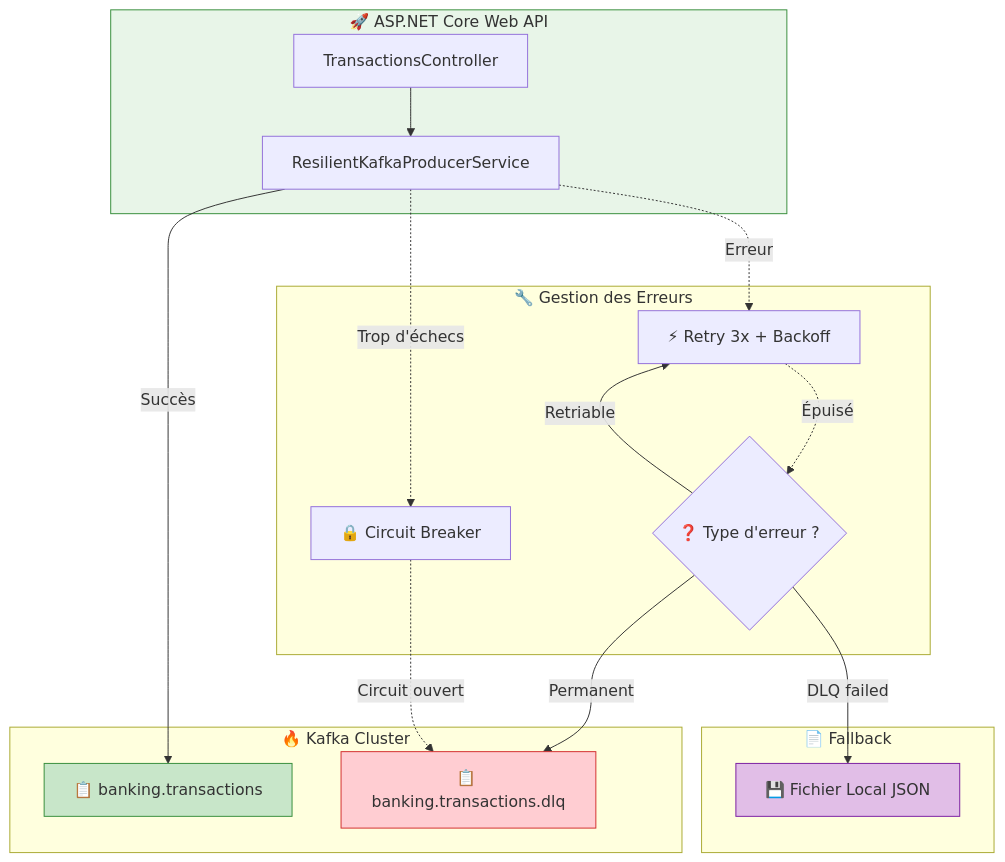
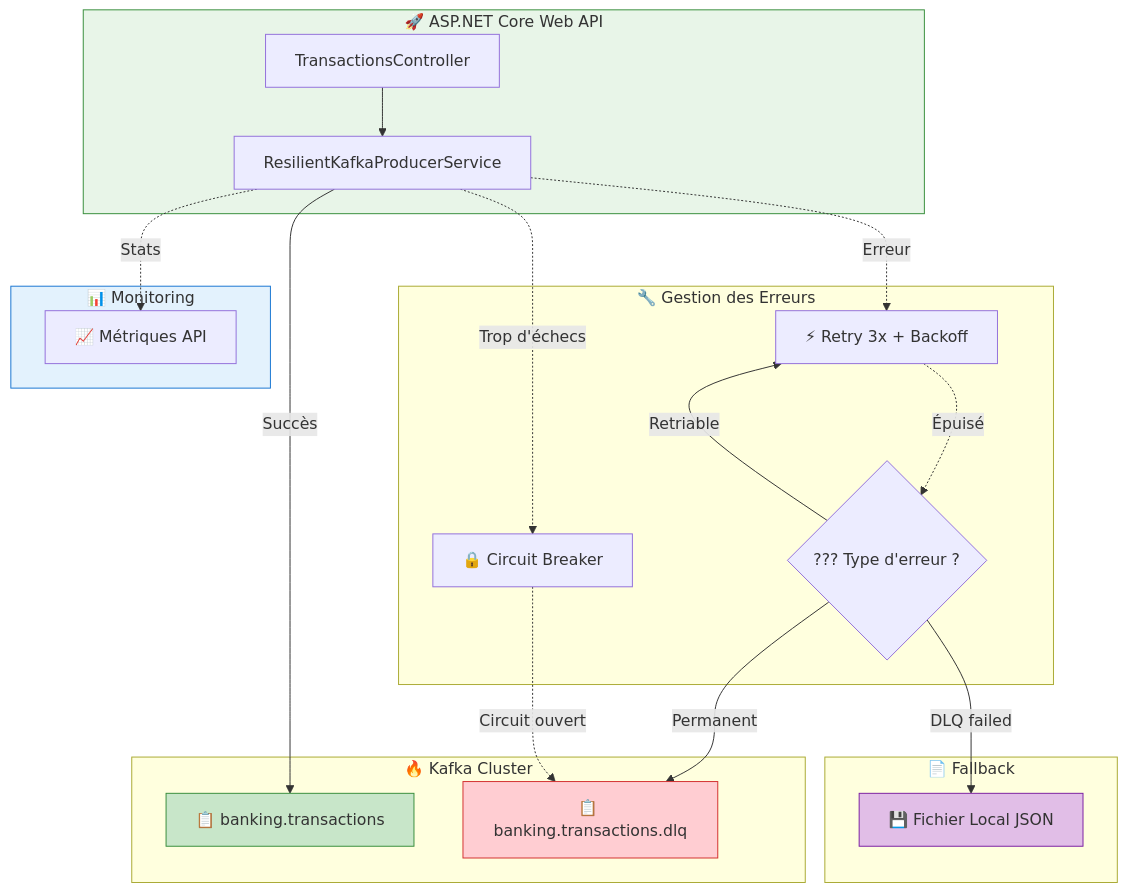
The second of 8 diagrams in day-01-foundations/module-02-producer/lab-1.2c-producer-error-handling/README.md (msellamiTN/formation--kafka-dotnet), drawn with Mermaid before and after one commit. The commit also changed other lines of this file and 3 other files, not shown here.

````diff
--- a/day-01-foundations/module-02-producer/lab-1.2c-producer-error-handling/README.md
+++ b/day-01-foundations/module-02-producer/lab-1.2c-producer-error-handling/README.md
@@ -9,37 +69,43 @@
 ```mermaid
 flowchart TB
     subgraph API["🚀 ASP.NET Core Web API"]
         TC["TransactionsController"]
         RS["ResilientKafkaProducerService"]
     end
 
     subgraph ErrorHandling["🔧 Gestion des Erreurs"]
         R["⚡ Retry 3x + Backoff"]
         CB["🔒 Circuit Breaker"]
-        C{"❓ Type d'erreur ?"}
+        C{"??? Type d'erreur ?"}
     end
 
     subgraph Kafka["🔥 Kafka Cluster"]
         T1["📋 banking.transactions"]
         T2["📋 banking.transactions.dlq"]
     end
 
     subgraph Fallback["📄 Fallback"]
         F["💾 Fichier Local JSON"]
     end
 
+    subgraph Monitoring["📊 Monitoring"]
+        M["📈 Métriques API"]
+    end
+
     TC --> RS
     RS -->|"Succès"| T1
     RS -.->|"Erreur"| R
     R -.->|"Épuisé"| C
     C -->|"Retriable"| R
     C -->|"Permanent"| T2
     C -->|"DLQ failed"| F
     RS -.->|"Trop d'échecs"| CB
     CB -.->|"Circuit ouvert"| T2
+    RS -.->|"Stats"| M
 
     style API fill:#e8f5e8,stroke:#388e3c
     style T1 fill:#c8e6c9,stroke:#388e3c
     style T2 fill:#ffcdd2,stroke:#d32f2f
     style F fill:#e1bee7,stroke:#7b1fa2
+    style Monitoring fill:#e3f2fd,stroke:#1976d2
 ```
````
